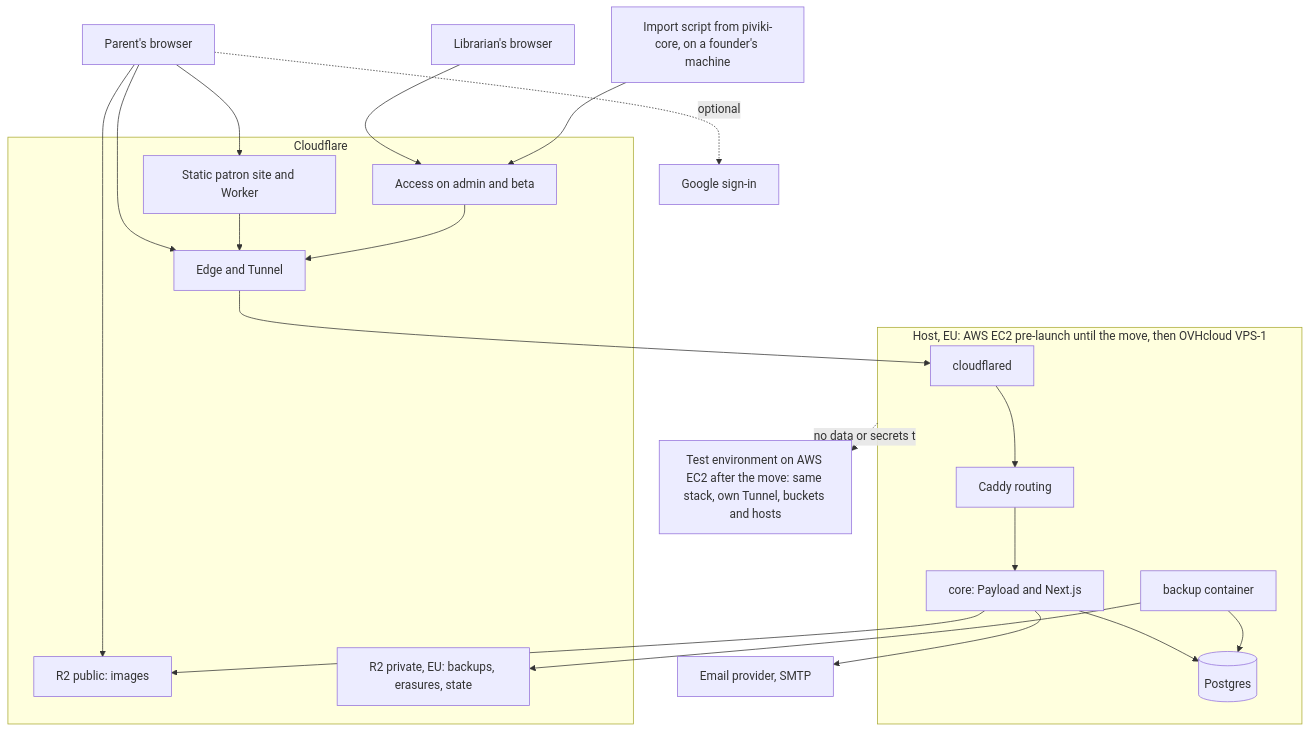
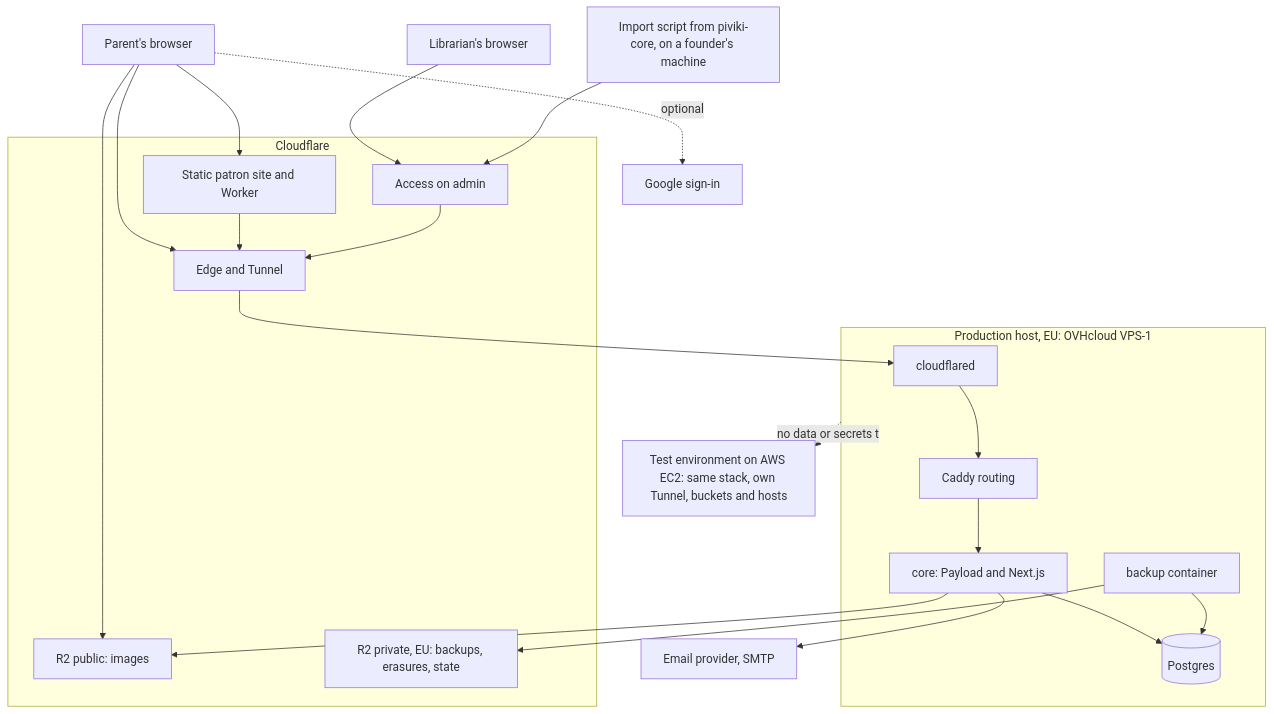
The second of 3 diagrams in initiative-kirjasto-mvp/architecture-piviki/architecture-piviki.md (piviki-org/piviki-planning), drawn with Mermaid before and after one commit. The commit also changed other lines of this file and 21 other files, not shown here.

First line of the commit message:
Replan for test on AWS and a soft open on OVH

````diff
--- a/initiative-kirjasto-mvp/architecture-piviki/architecture-piviki.md
+++ b/initiative-kirjasto-mvp/architecture-piviki/architecture-piviki.md
@@ -309,32 +311,32 @@
 ```mermaid
 flowchart TB
   browser[Parent's browser]
   librarian[Librarian's browser]
   scan[Import script from piviki-core, on a founder's machine]
   subgraph cf[Cloudflare]
     site[Static patron site and Worker]
-    access[Access on admin and beta]
+    access[Access on admin]
     edge[Edge and Tunnel]
     media[R2 public: images]
     backup[R2 private, EU: backups, erasures, state]
   end
-  subgraph ovh[Host, EU: AWS EC2 pre-launch until the move, then OVHcloud VPS-1]
+  subgraph ovh[Production host, EU: OVHcloud VPS-1]
     tunnel[cloudflared] --> caddy[Caddy routing]
     caddy --> core[core: Payload and Next.js]
     core --> pg[(Postgres)]
     bk[backup container] --> pg
   end
   browser --> site
   browser --> edge
   site --> edge
   librarian --> access
   scan --> access
   access --> edge
   browser --> media
   edge --> tunnel
   core --> media
   bk --> backup
   core --> mail[Email provider, SMTP]
   browser -.optional.-> google[Google sign-in]
-  ovh -.no data or secrets to.-> test[Test environment on AWS EC2 after the move: same stack, own Tunnel, buckets and hosts]
+  ovh -.no data or secrets to.-> test[Test environment on AWS EC2: same stack, own Tunnel, buckets and hosts]
 ```
````
